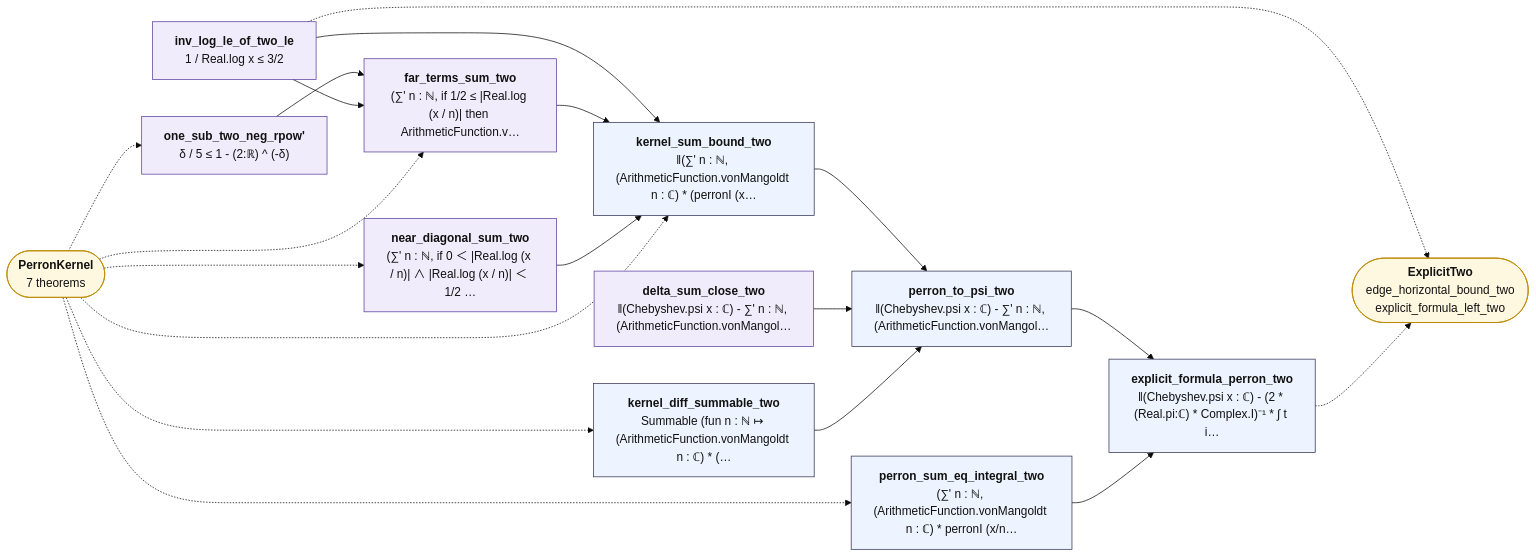
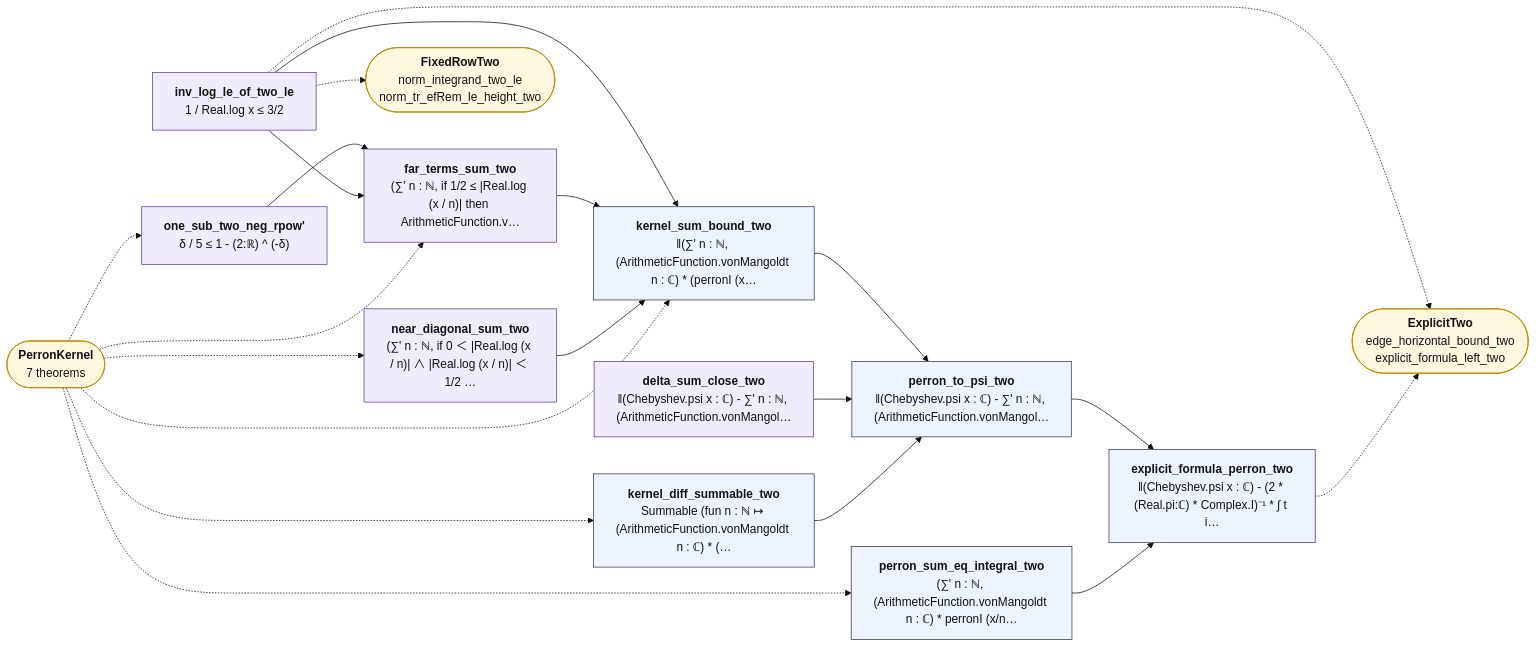
Before and after one commit to juliansambranojr/Primebeat_081426: the diagram in map/lean_stage3/PerronTwo.md, drawn with Mermaid (base theme). The commit also changed other lines of this file and 49 other files, not shown here.

````diff
--- a/map/lean_stage3/PerronTwo.md
+++ b/map/lean_stage3/PerronTwo.md
@@ -14,41 +14,43 @@
 ```mermaid
 flowchart LR
   n0["<b>one_sub_two_neg_rpow'</b><br/>δ / 5 ≤ 1 - (2:ℝ) ^ (-δ)"]:::shp
   n1["<b>inv_log_le_of_two_le</b><br/>1 / Real.log x ≤ 3/2"]:::shp
   n2["<b>far_terms_sum_two</b><br/>(∑' n : ℕ, if 1/2 ≤ |Real.log (x / n)| then ArithmeticFunction.v…"]:::shp
   n3["<b>near_diagonal_sum_two</b><br/>(∑' n : ℕ, if 0 ＜ |Real.log (x / n)| ∧ |Real.log (x / n)| ＜ 1/2 …"]:::shp
   n4["<b>kernel_sum_bound_two</b><br/>‖(∑' n : ℕ, (ArithmeticFunction.vonMangoldt n : ℂ) * (perronI (x…"]:::thm
   n5["<b>delta_sum_close_two</b><br/>‖(Chebyshev.psi x : ℂ) - ∑' n : ℕ, (ArithmeticFunction.vonMangol…"]:::shp
   n6["<b>kernel_diff_summable_two</b><br/>Summable (fun n : ℕ ↦ (ArithmeticFunction.vonMangoldt n : ℂ) * (…"]:::thm
   n7["<b>perron_to_psi_two</b><br/>‖(Chebyshev.psi x : ℂ) - ∑' n : ℕ, (ArithmeticFunction.vonMangol…"]:::thm
   n8["<b>perron_sum_eq_integral_two</b><br/>(∑' n : ℕ, (ArithmeticFunction.vonMangoldt n : ℂ) * perronI (x/n…"]:::thm
   n9["<b>explicit_formula_perron_two</b><br/>‖(Chebyshev.psi x : ℂ) - (2 * (Real.pi:ℂ) * Complex.I)⁻¹ * ∫ t i…"]:::thm
   x0(["<b>PerronKernel</b><br/>7 theorems"]):::ext
   x1(["<b>ExplicitTwo</b><br/>edge_horizontal_bound_two<br/>explicit_formula_left_two"]):::ext
+  x2(["<b>FixedRowTwo</b><br/>norm_integrand_two_le<br/>norm_tr_efRem_le_height_two"]):::ext
   n0 --> n2
   n1 --> n2
   n1 --> n4
   n2 --> n4
   n3 --> n4
   n4 --> n7
   n5 --> n7
   n6 --> n7
   n7 --> n9
   n8 --> n9
   n1 -.-> x1
+  n1 -.-> x2
   n9 -.-> x1
   x0 -.-> n0
   x0 -.-> n2
   x0 -.-> n3
   x0 -.-> n4
   x0 -.-> n6
   x0 -.-> n8
   classDef cnt fill:#dff5ec,stroke:#17694a,color:#111
   classDef shp fill:#f1ecfb,stroke:#5b3fa0,color:#111
   classDef rh fill:#ffe5e5,stroke:#c22,color:#111,stroke-width:2px
   classDef thm fill:#eef4ff,stroke:#335,color:#111
   classDef end_ fill:#e7f7e7,stroke:#2a7,color:#111,stroke-width:2px
   classDef lone fill:#fff,stroke:#999,color:#111,stroke-dasharray:4 3
   classDef bad fill:#ffe5e5,stroke:#c22,color:#111,stroke-width:2px
   classDef ext fill:#fff8e1,stroke:#b80,color:#111
 ```
````
